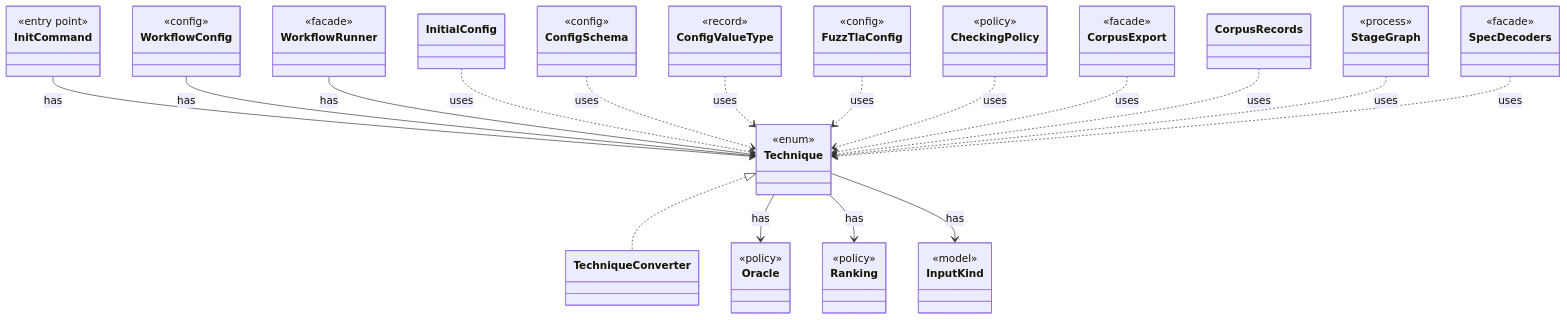
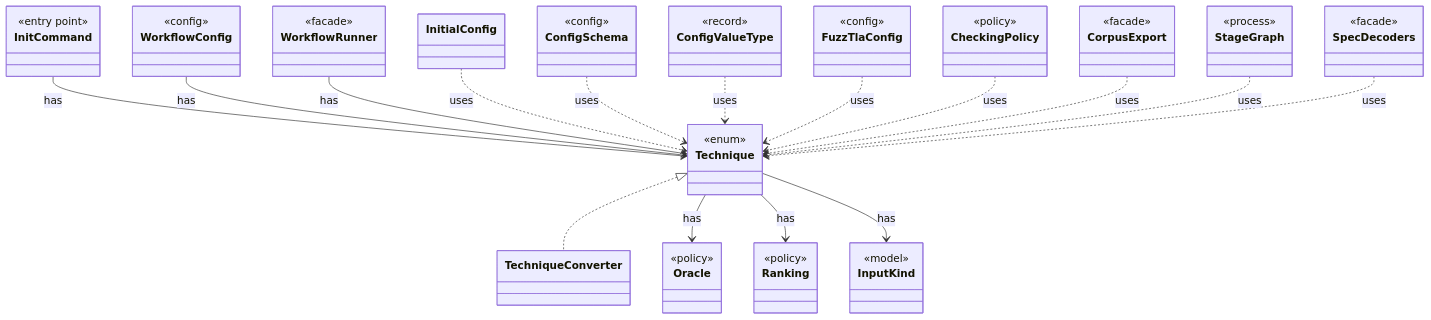
One commit to tlaplus/model-checker-hardening changed the diagram in dev/types/io.github.tlaplus.hardening.corpus.Technique.md. Above: the diagram before and after it, drawn with Mermaid. The commit also changed other lines of this file and 408 other files, not shown here.

````diff
--- a/dev/types/io.github.tlaplus.hardening.corpus.Technique.md
+++ b/dev/types/io.github.tlaplus.hardening.corpus.Technique.md
@@ -9,64 +9,62 @@
 ```mermaid
 classDiagram
   class Technique {
     <<enum>>
   }
   class TechniqueConverter
   class Oracle {
     <<policy>>
   }
   class Ranking {
     <<policy>>
   }
   class InputKind {
     <<model>>
   }
   class InitCommand {
     <<entry point>>
   }
   class WorkflowConfig {
     <<config>>
   }
   class WorkflowRunner {
     <<facade>>
   }
   class InitialConfig
   class ConfigSchema {
     <<config>>
   }
   class ConfigValueType {
     <<record>>
   }
   class FuzzTlaConfig {
     <<config>>
   }
   class CheckingPolicy {
     <<policy>>
   }
   class CorpusExport {
     <<facade>>
   }
-  class CorpusRecords
   class StageGraph {
     <<process>>
   }
   class SpecDecoders {
     <<facade>>
   }
   Technique <|.. TechniqueConverter
   Technique --> Oracle : has
   Technique --> Ranking : has
   Technique --> InputKind : has
   InitCommand --> Technique : has
   WorkflowConfig --> Technique : has
   WorkflowRunner --> Technique : has
   InitialConfig ..> Technique : uses
   ConfigSchema ..> Technique : uses
   ConfigValueType ..> Technique : uses
   FuzzTlaConfig ..> Technique : uses
   CheckingPolicy ..> Technique : uses
   CorpusExport ..> Technique : uses
-  CorpusRecords ..> Technique : uses
   StageGraph ..> Technique : uses
   SpecDecoders ..> Technique : uses
 ```
````
